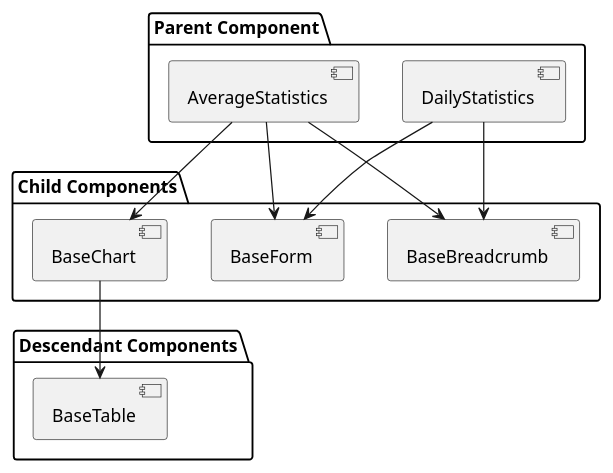
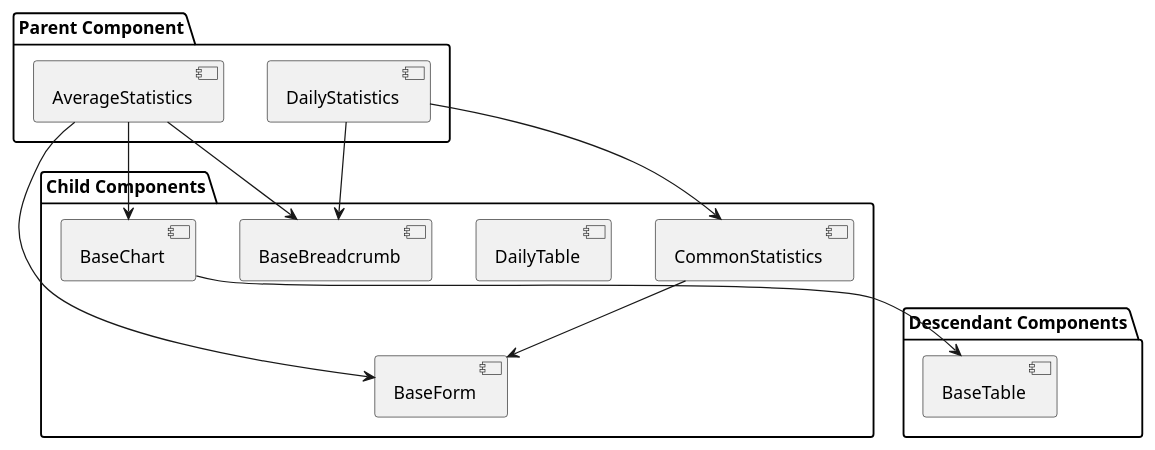
One commit to futurekidult/lis changed the diagram in docs/component-design/statistics.puml. Above: the diagram before and after it, drawn with PlantUML. The commit also changed 10 other files, not shown here.

Commit message:
feat: add daily statistics

```diff
--- a/docs/component-design/statistics.puml
+++ b/docs/component-design/statistics.puml
@@ -1,26 +1,30 @@
 @startuml
 
 package "Parent Component" {
   [DailyStatistics]
   [AverageStatistics]
 }
 
 package "Child Components" {
   [BaseForm]
   [BaseChart]
+  [DailyTable]
   [BaseBreadcrumb]
+  [CommonStatistics]
 }
 
 package "Descendant Components" {
   [BaseTable]
+  [BaseForm]
 }
 
-[DailyStatistics]            -->       [BaseForm]
 [DailyStatistics]            -->       [BaseBreadcrumb]
+[DailyStatistics]            -->       [CommonStatistics]
 [AverageStatistics]       -->       [BaseForm]
 [AverageStatistics]       -->       [BaseBreadcrumb]
 [AverageStatistics]       -->       [BaseChart]
 [BaseChart]                  -->       [BaseTable]
+[CommonStatistics]      -->       [BaseForm]
 
 
 @enduml
```
